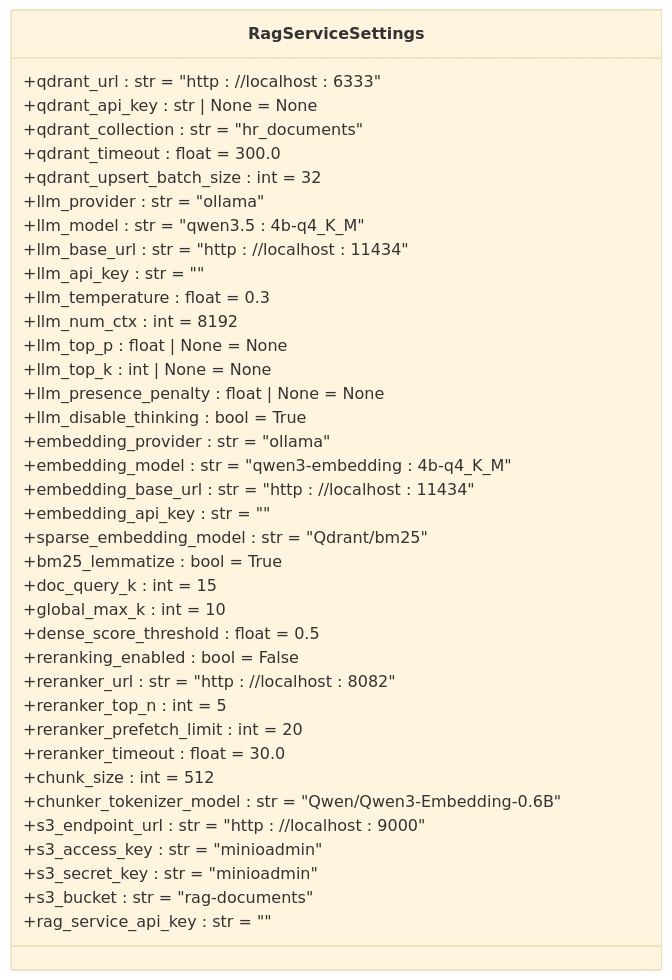
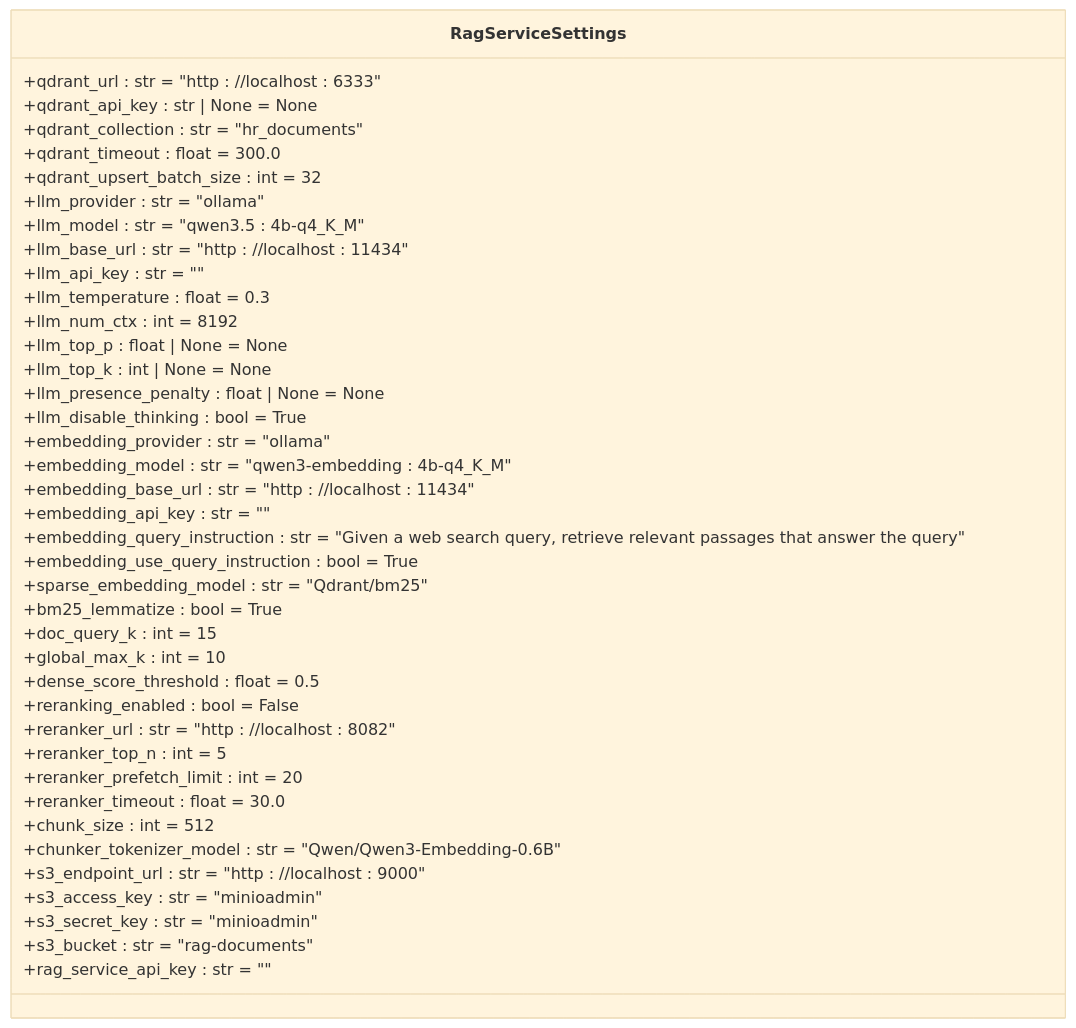
The sixth of 24 diagrams in .qoder/repowiki/en/content/API Reference/RAG Microservice Architecture.md (ognelis/cafetera_hr_bot), drawn with Mermaid (base theme) before and after one commit. The commit also changed other lines of this file and 10 other files, not shown here.

````diff
--- a/.qoder/repowiki/en/content/API Reference/RAG Microservice Architecture.md
+++ b/.qoder/repowiki/en/content/API Reference/RAG Microservice Architecture.md
@@ -341,41 +371,43 @@
 ```mermaid
 classDiagram
 class RagServiceSettings {
 +qdrant_url : str = "http : //localhost : 6333"
 +qdrant_api_key : str | None = None
 +qdrant_collection : str = "hr_documents"
 +qdrant_timeout : float = 300.0
 +qdrant_upsert_batch_size : int = 32
 +llm_provider : str = "ollama"
 +llm_model : str = "qwen3.5 : 4b-q4_K_M"
 +llm_base_url : str = "http : //localhost : 11434"
 +llm_api_key : str = ""
 +llm_temperature : float = 0.3
 +llm_num_ctx : int = 8192
 +llm_top_p : float | None = None
 +llm_top_k : int | None = None
 +llm_presence_penalty : float | None = None
 +llm_disable_thinking : bool = True
 +embedding_provider : str = "ollama"
 +embedding_model : str = "qwen3-embedding : 4b-q4_K_M"
 +embedding_base_url : str = "http : //localhost : 11434"
 +embedding_api_key : str = ""
++embedding_query_instruction : str = "Given a web search query, retrieve relevant passages that answer the query"
++embedding_use_query_instruction : bool = True
 +sparse_embedding_model : str = "Qdrant/bm25"
 +bm25_lemmatize : bool = True
 +doc_query_k : int = 15
 +global_max_k : int = 10
 +dense_score_threshold : float = 0.5
 +reranking_enabled : bool = False
 +reranker_url : str = "http : //localhost : 8082"
 +reranker_top_n : int = 5
 +reranker_prefetch_limit : int = 20
 +reranker_timeout : float = 30.0
 +chunk_size : int = 512
 +chunker_tokenizer_model : str = "Qwen/Qwen3-Embedding-0.6B"
 +s3_endpoint_url : str = "http : //localhost : 9000"
 +s3_access_key : str = "minioadmin"
 +s3_secret_key : str = "minioadmin"
 +s3_bucket : str = "rag-documents"
 +rag_service_api_key : str = ""
 }
 ```
````
